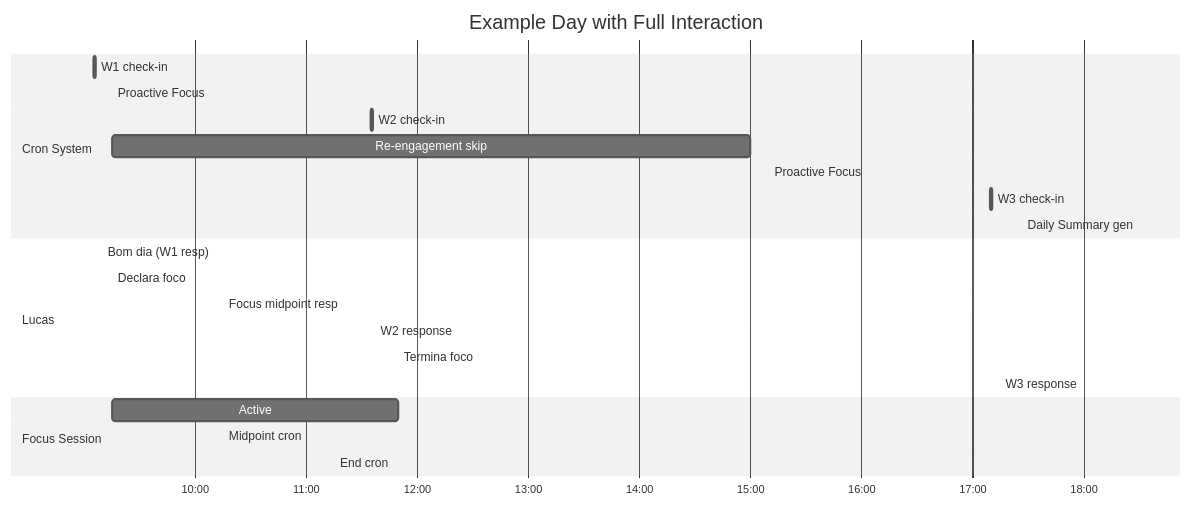
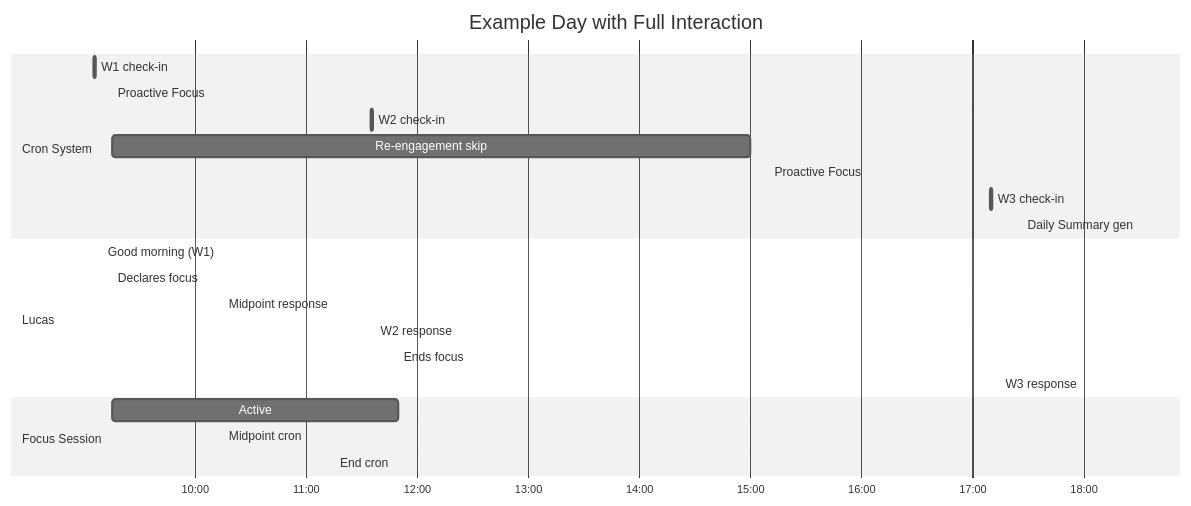
Diagram 11 of 11 in hermes-data/docs/ACCOUNTABILITY-FLOW.md (augustoolucas/hermes-config), drawn with Mermaid (neutral theme) before and after one commit. The commit also changed other lines of this file, not shown here.

First line of the commit message:
docs: ACCOUNTABILITY-FLOW.md — complete architecture doc (EN)

````diff
--- a/hermes-data/docs/ACCOUNTABILITY-FLOW.md
+++ b/hermes-data/docs/ACCOUNTABILITY-FLOW.md
@@ -358,28 +508,28 @@
 ```mermaid
 gantt
     title Example Day with Full Interaction
     dateFormat HH:mm
     axisFormat %H:%M
 
     section Cron System
     W1 check-in        :w1, 09:05, 09:06
     Proactive Focus    :pf1, 09:15, 1min
     W2 check-in        :w2, 11:35, 11:36
     Re-engagement skip :re1, after pf1, 15:00
     Proactive Focus    :pf2, 15:10, 1min
     W3 check-in        :w3, 17:10, 17:11
     Daily Summary gen  :ds1, 18:30, 1min
 
     section Lucas
-    Bom dia (W1 resp)  :r1, 09:10, 2min
-    Declara foco       :f1, 09:15, 2min
-    Focus midpoint resp:fm1, 10:15, 1min
+    Good morning (W1)  :r1, 09:10, 2min
+    Declares focus     :f1, 09:15, 2min
+    Midpoint response  :fm1, 10:15, 1min
     W2 response        :r2, 11:37, 2min
-    Termina foco       :f2, 11:50, 1min
+    Ends focus         :f2, 11:50, 1min
     W3 response        :r3, 17:15, 2min
 
     section Focus Session
     Active: 09:15-11:50 :fs, 09:15, 11:50
     Midpoint cron       :fm2, 10:15, 1min
     End cron            :fe1, 11:15, 1min
 ```
````
